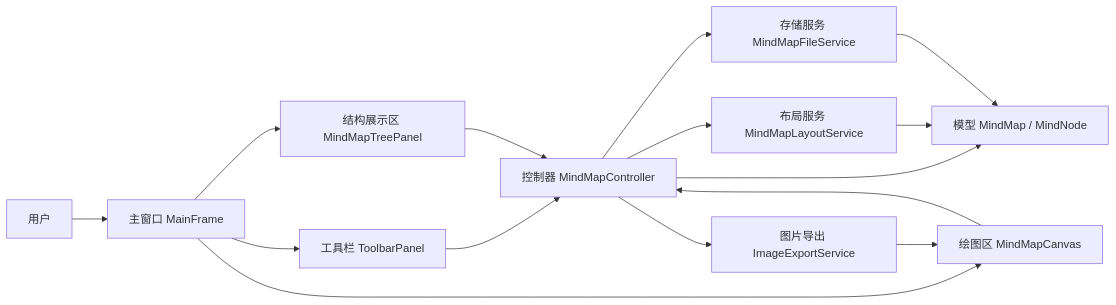
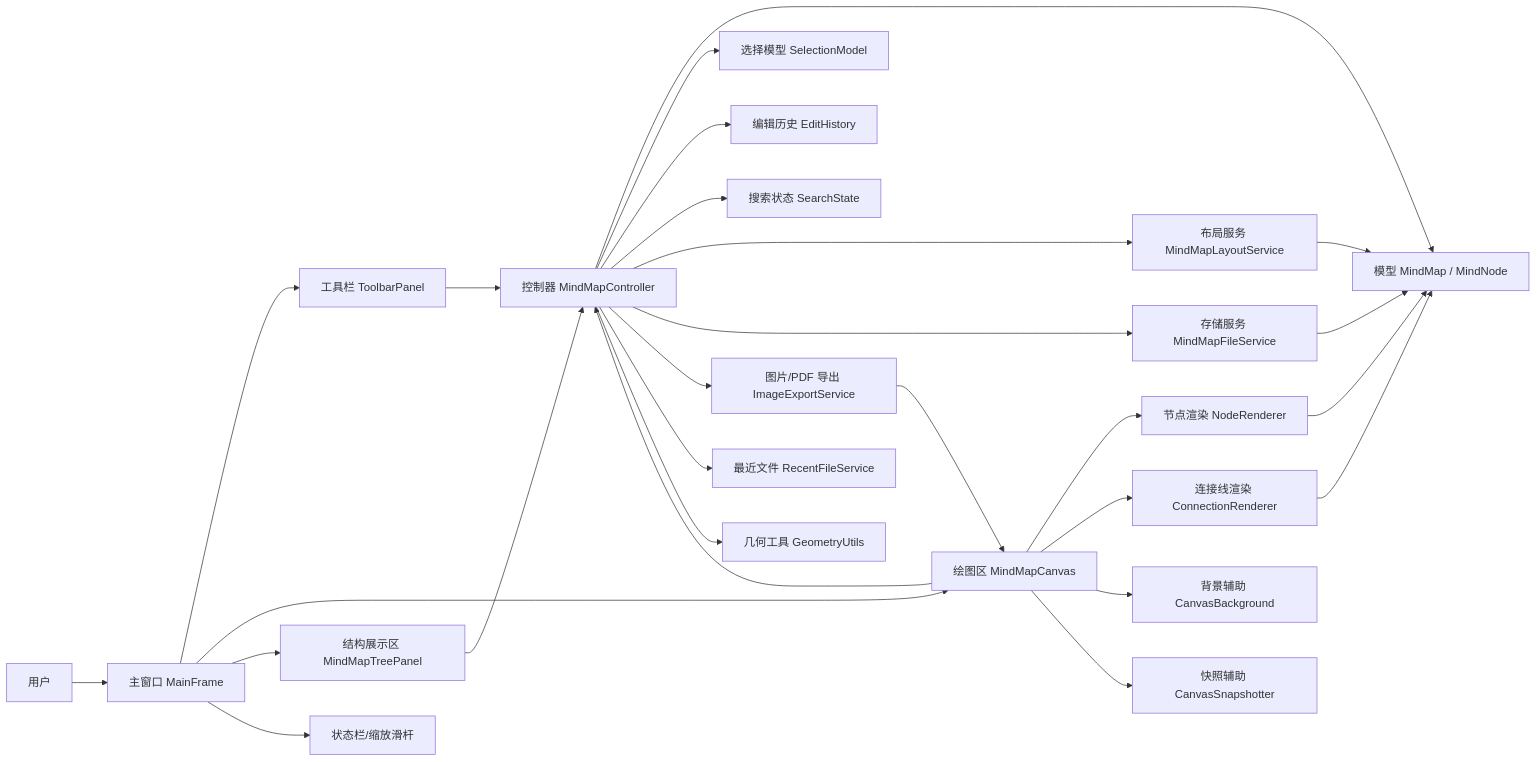
One commit to CZF312/MindMap changed the first of 7 diagrams in 需求分析与详细设计.md. Above: the diagram before and after it, drawn with Mermaid. The commit also changed other lines of this file and 6 other files, not shown here.

````diff
--- a/需求分析与详细设计.md
+++ b/需求分析与详细设计.md
@@ -213,17 +269,29 @@
 ```mermaid
 flowchart LR
     User["用户"] --> MainFrame["主窗口 MainFrame"]
     MainFrame --> Toolbar["工具栏 ToolbarPanel"]
     MainFrame --> Canvas["绘图区 MindMapCanvas"]
     MainFrame --> TreeView["结构展示区 MindMapTreePanel"]
+    MainFrame --> Status["状态栏/缩放滑杆"]
     Toolbar --> Controller["控制器 MindMapController"]
     Canvas --> Controller
     TreeView --> Controller
     Controller --> Model["模型 MindMap / MindNode"]
+    Controller --> Selection["选择模型 SelectionModel"]
+    Controller --> History["编辑历史 EditHistory"]
+    Controller --> SearchState["搜索状态 SearchState"]
     Controller --> Layout["布局服务 MindMapLayoutService"]
     Controller --> Storage["存储服务 MindMapFileService"]
-    Controller --> Exporter["图片导出 ImageExportService"]
+    Controller --> Exporter["图片/PDF 导出 ImageExportService"]
+    Controller --> Recent["最近文件 RecentFileService"]
+    Controller --> Geometry["几何工具 GeometryUtils"]
+    Canvas --> NodeRenderer["节点渲染 NodeRenderer"]
+    Canvas --> ConnectionRenderer["连接线渲染 ConnectionRenderer"]
+    Canvas --> CanvasBackground["背景辅助 CanvasBackground"]
+    Canvas --> CanvasSnapshotter["快照辅助 CanvasSnapshotter"]
     Layout --> Model
     Storage --> Model
     Exporter --> Canvas
+    NodeRenderer --> Model
+    ConnectionRenderer --> Model
 ```
````
